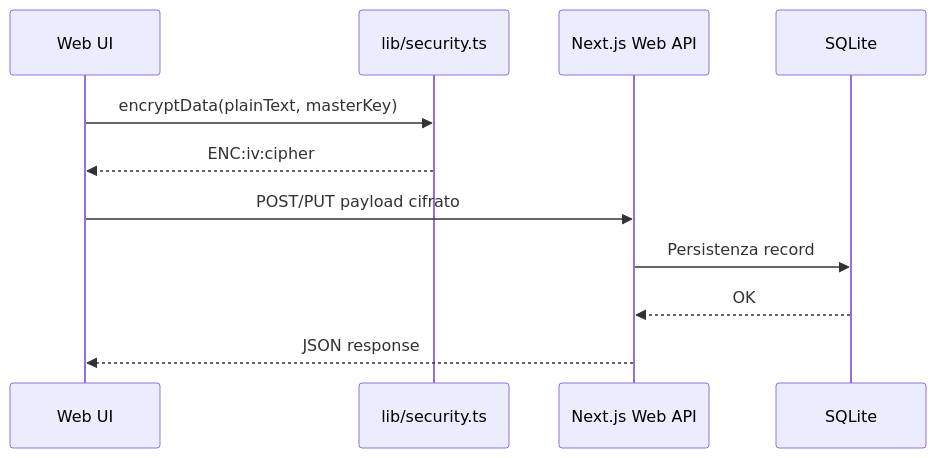
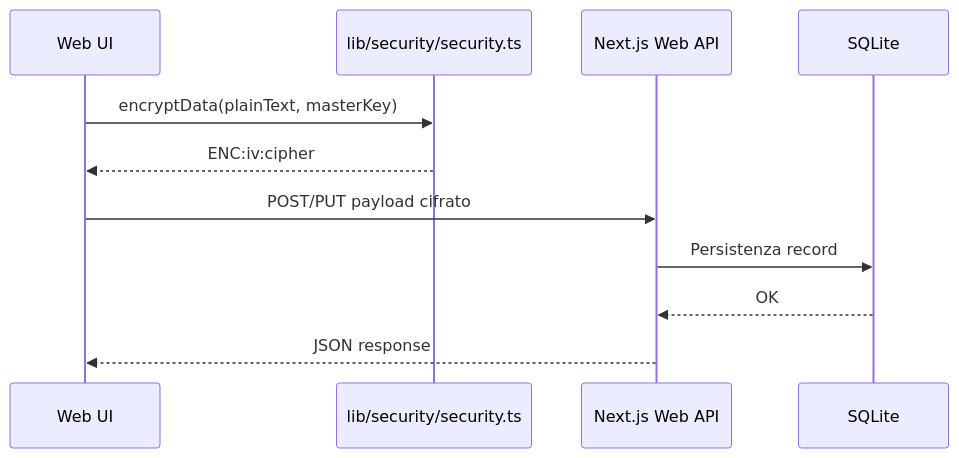
Before and after one commit to Wulfgardr/mediflow: the fifth of 12 diagrams in docs/topologia-dati-flussi.md, drawn with Mermaid. The commit also changed other lines of this file and 11 other files, not shown here.

````diff
--- a/docs/topologia-dati-flussi.md
+++ b/docs/topologia-dati-flussi.md
@@ -284,13 +284,13 @@
 ```mermaid
 sequenceDiagram
     participant UI as Web UI
-    participant Sec as lib/security.ts
+    participant Sec as lib/security/security.ts
     participant API as Next.js Web API
     participant DB as SQLite
     UI->>Sec: encryptData(plainText, masterKey)
     Sec-->>UI: ENC:iv:cipher
     UI->>API: POST/PUT payload cifrato
     API->>DB: Persistenza record
     DB-->>API: OK
     API-->>UI: JSON response
 ```
````
